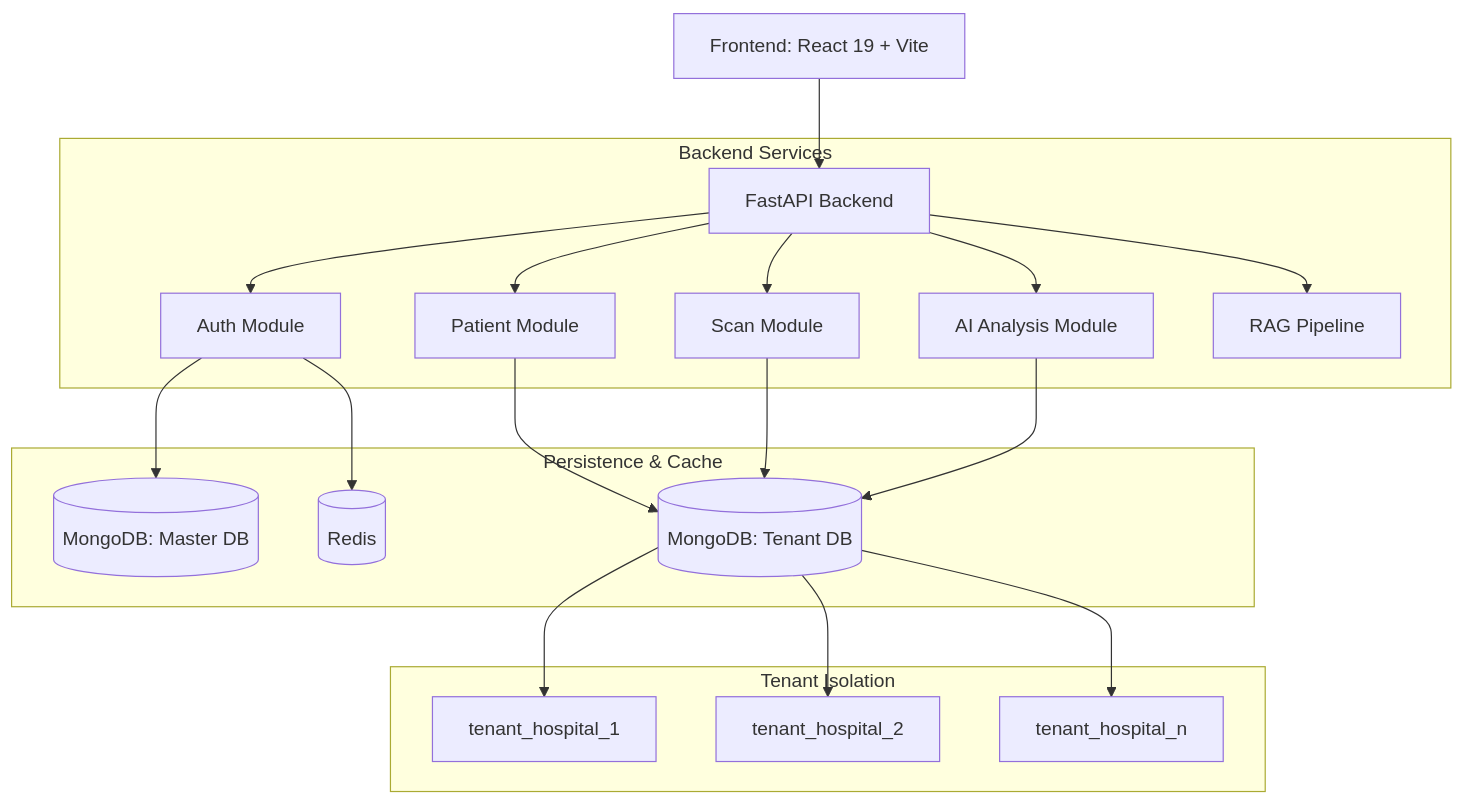
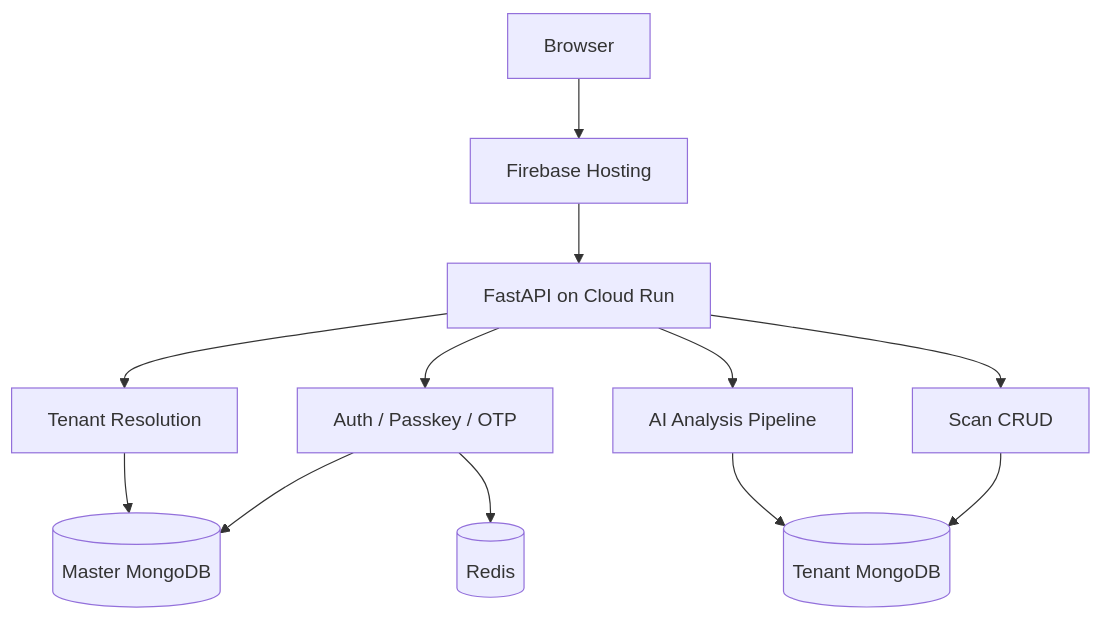
The diagram in README.md (jithin-jz/ThoraxAI), drawn with Mermaid before and after one commit. The commit also changed other lines of this file, not shown here.

````diff
--- a/README.md
+++ b/README.md
@@ -26,26 +15,16 @@
 ```mermaid
 graph TD
-    User[Frontend: React 19 + Vite] --> API[FastAPI Backend]
+  User[Browser] --> Hosting[Firebase Hosting]
+  Hosting --> API[FastAPI on Cloud Run]
 
-    subgraph Backend [Backend Services]
-        API --> Auth[Auth Module]
-        API --> Patients[Patient Module]
-        API --> Scans[Scan Module]
-        API --> AIService[AI Analysis Module]
-        API --> RAG[RAG Pipeline]
-    end
+  API --> Auth[Auth / Passkey / OTP]
+  API --> Tenants[Tenant Resolution]
+  API --> Scans[Scan CRUD]
+  API --> AI[AI Analysis Pipeline]
 
-    subgraph Data [Persistence & Cache]
-        Auth --> MasterDB[(MongoDB: Master DB)]
-        Patients --> TenantDB[(MongoDB: Tenant DB)]
-        Scans --> TenantDB
-        AIService --> TenantDB
-        Auth --> Redis[(Redis)]
-    end
-
-    subgraph Tenant Isolation
-        TenantDB --> H1[tenant_hospital_1]
-        TenantDB --> H2[tenant_hospital_2]
-        TenantDB --> H3[tenant_hospital_n]
-    end
+  Auth --> MasterDB[(Master MongoDB)]
+  Tenants --> MasterDB
+  Scans --> TenantDB[(Tenant MongoDB)]
+  AI --> TenantDB
+  Auth --> Redis[(Redis)]
 ```
````
